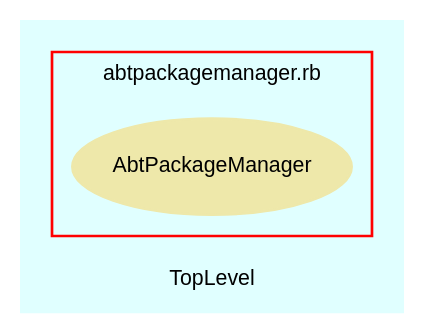
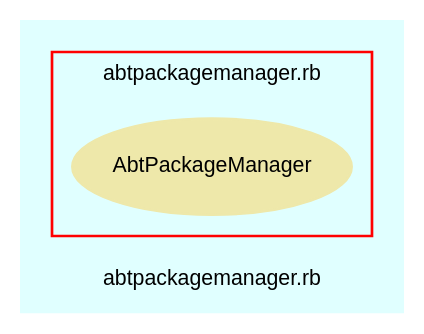
The diagram in src/trunk/doc/dot/f_4.dot (eschabell/abtlinux), drawn with Graphviz before and after one commit. The commit also changed 68 other files, not shown here.

```diff
--- a/src/trunk/doc/dot/f_4.dot
+++ b/src/trunk/doc/dot/f_4.dot
@@ -1,28 +1,28 @@
 digraph TopLevel {
     compound = true
     bgcolor = lightcyan1
     fontname = Arial
     fontsize = 8
-    label = "TopLevel"
+    label = "abtpackagemanager.rb"
     node [
         fontname = Arial,
         fontsize = 8,
         color = black
     ]
 
     subgraph cluster_5 {
         fontname = Arial
         color = red
         label = "abtpackagemanager.rb"
         AbtPackageManager [
             fontcolor = black,
             URL = "classes/AbtPackageManager.html",
             shape = ellipse,
             color = palegoldenrod,
             style = filled,
             label = "AbtPackageManager"
         ]
 
     }
 
 }
```
